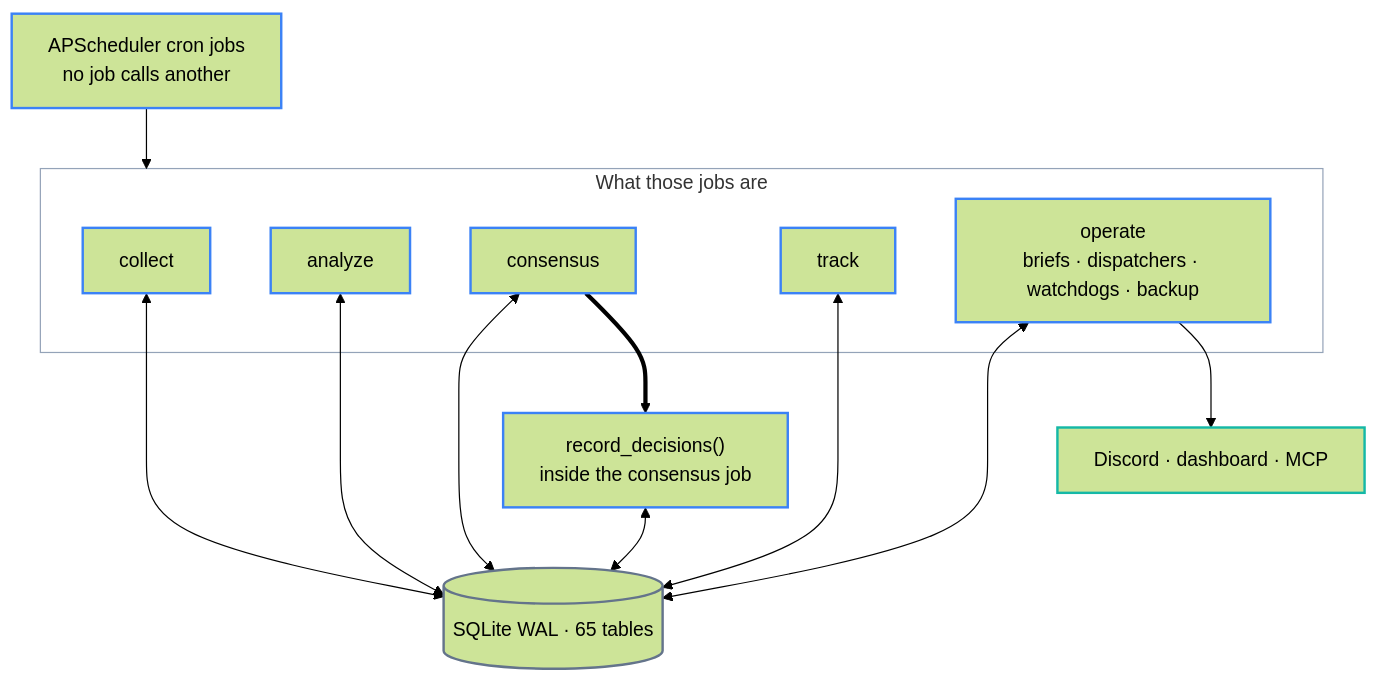
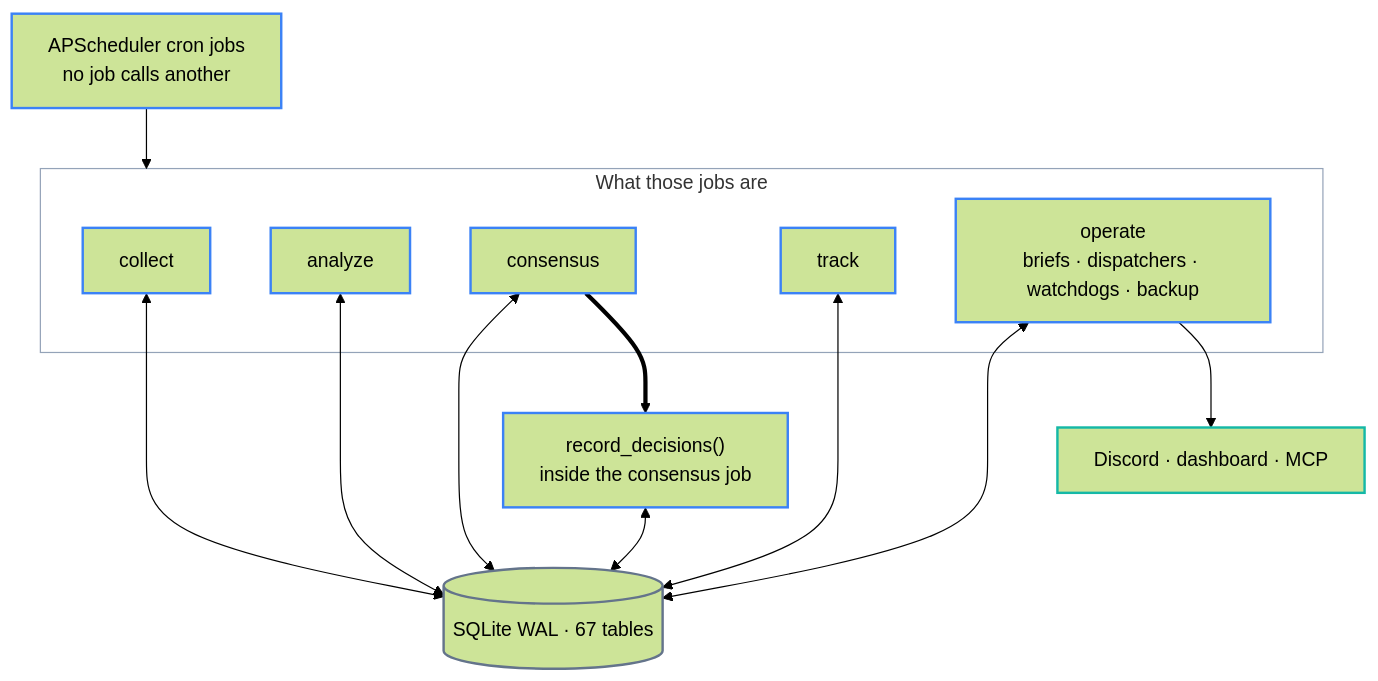
The second of 4 diagrams in docs/ARCHITECTURE.md (researcherhojin/nuri-quant), drawn with Mermaid (forest theme) before and after one commit. The commit also changed other lines of this file and 15 other files, not shown here.

````diff
--- a/docs/ARCHITECTURE.md
+++ b/docs/ARCHITECTURE.md
@@ -99,35 +99,35 @@
 ```mermaid
 flowchart TB
     CLOCK["APScheduler cron jobs<br/>no job calls another"]
 
     subgraph JOBS["What those jobs are"]
         JC["collect"]
         JA["analyze"]
         JD["consensus"]
         JT["track"]
         JO["operate<br/>briefs · dispatchers · watchdogs · backup"]
     end
 
-    DB[("SQLite WAL · 65 tables")]
+    DB[("SQLite WAL · 67 tables")]
     RD["record_decisions()<br/>inside the consensus job"]
     OUT["Discord · dashboard · MCP"]
 
     CLOCK --> JOBS
     JC <--> DB
     JA <--> DB
     JD <--> DB
     JD ==> RD
     RD <--> DB
     JT <--> DB
     JO <--> DB
     JO --> OUT
 
     classDef step  stroke:#3b82f6,stroke-width:2px
     classDef store stroke:#64748b,stroke-width:2px
     classDef out   stroke:#14b8a6,stroke-width:2px
     classDef zone  fill:none,stroke:#94a3b8,stroke-width:1px
     class CLOCK,JC,JA,JD,JT,JO,RD step
     class DB store
     class OUT out
     class JOBS zone
 ```
````
